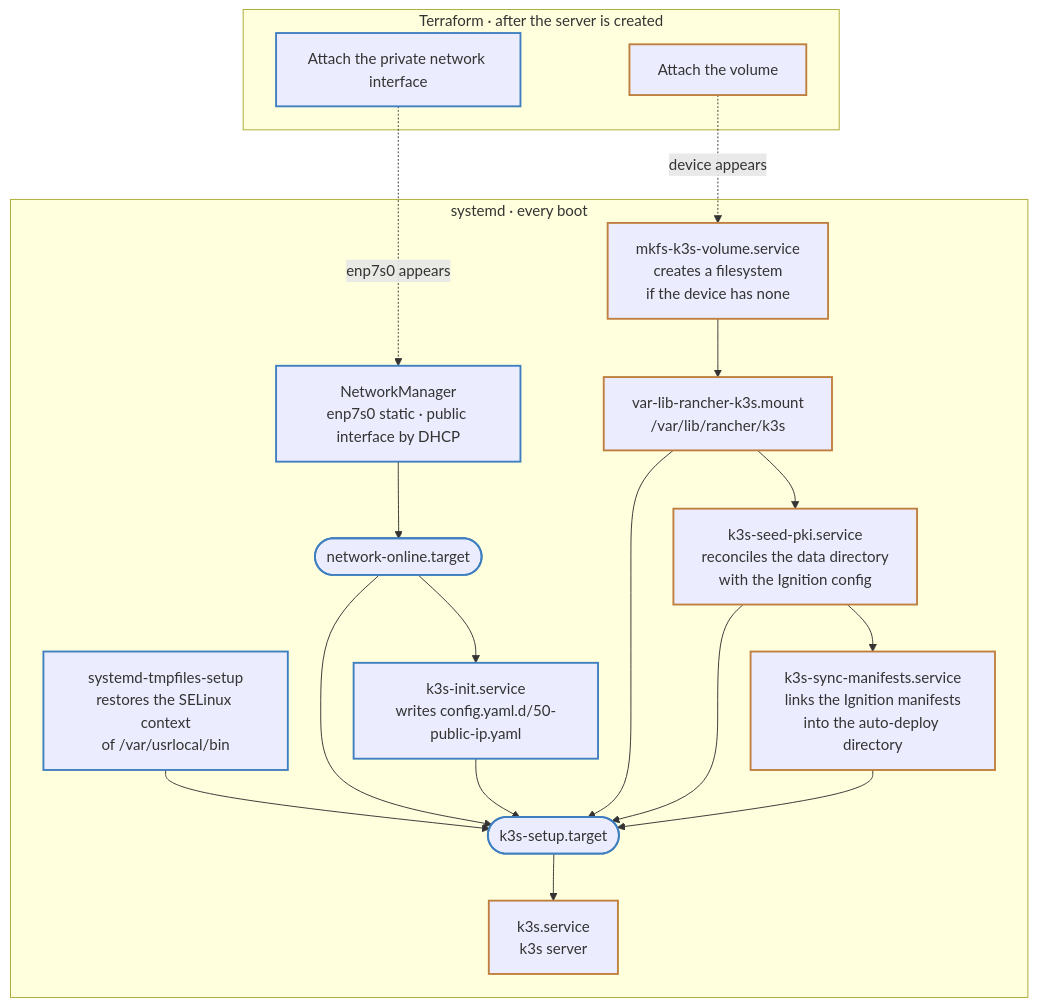
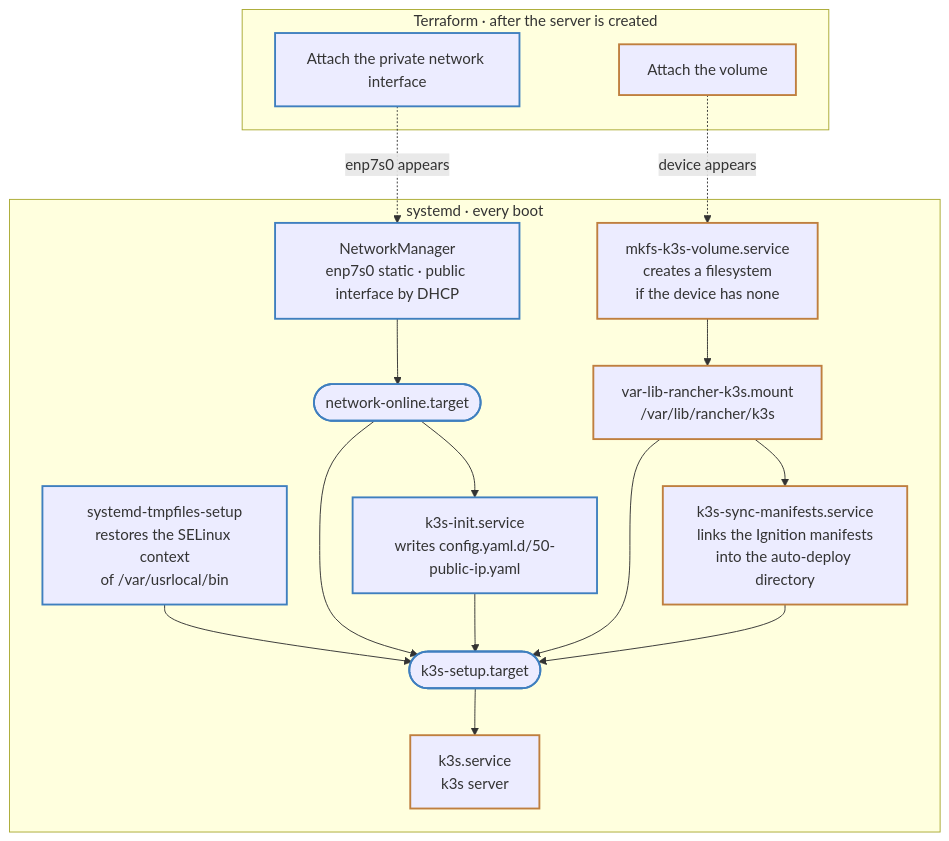
Before and after one commit to lthms/raya: the first of 2 diagrams in docs/boot.md, drawn with Mermaid. The commit also changed other lines of this file and 4 other files, not shown here.

````diff
--- a/docs/boot.md
+++ b/docs/boot.md
@@ -40,40 +40,38 @@
 ```mermaid
 graph TB
   subgraph terraform["Terraform · after the server is created"]
     attach_nic["Attach the private network interface"]
     attach_vol["Attach the volume"]
   end
 
   subgraph systemd["systemd · every boot"]
     tmpfiles["systemd-tmpfiles-setup<br/>restores the SELinux context<br/>of /var/usrlocal/bin"]
     nm["NetworkManager<br/>enp7s0 static · public interface by DHCP"]
     online(["network-online.target"])
     init["k3s-init.service<br/>writes config.yaml.d/50-public-ip.yaml"]
     mkfs["mkfs-k3s-volume.service<br/>creates a filesystem<br/>if the device has none"]
     mount["var-lib-rancher-k3s.mount<br/>/var/lib/rancher/k3s"]
-    seed["k3s-seed-pki.service<br/>reconciles the data directory<br/>with the Ignition config"]
     manifests["k3s-sync-manifests.service<br/>links the Ignition manifests<br/>into the auto-deploy directory"]
     setup(["k3s-setup.target"])
     k3s["k3s.service<br/>k3s server"]
 
     nm --> online --> init
-    mkfs --> mount --> seed --> manifests
+    mkfs --> mount --> manifests
 
     tmpfiles --> setup
     online --> setup
     init --> setup
     mount --> setup
-    seed --> setup
     manifests --> setup
     setup --> k3s
   end
 
   attach_nic -.->|enp7s0 appears| nm
   attach_vol -.->|device appears| mkfs
 
   classDef shared stroke:#3f7fbf,stroke-width:2px
   classDef control stroke:#bf7f3f,stroke-width:2px
 
   class attach_nic,tmpfiles,nm,online,init,setup shared
-  class attach_vol,mkfs,mount,seed,manifests,k3s control
+  class attach_vol,mkfs,mount,manifests,k3s control
 ```
````
